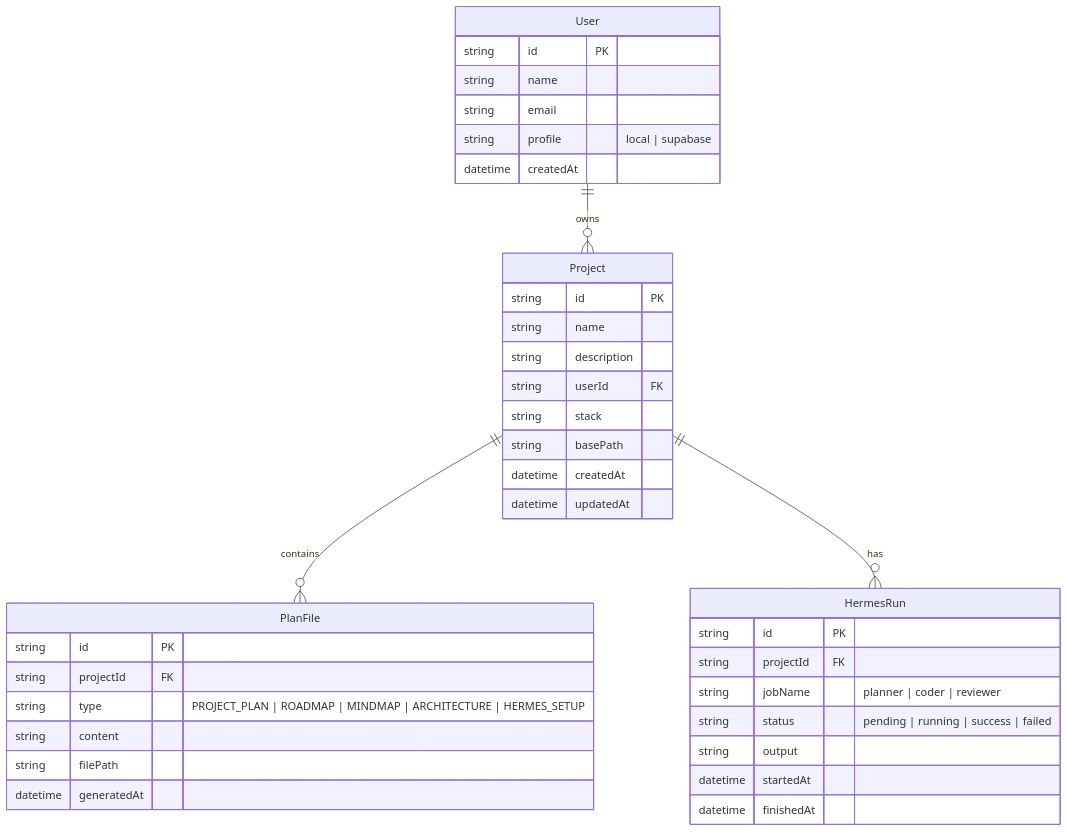
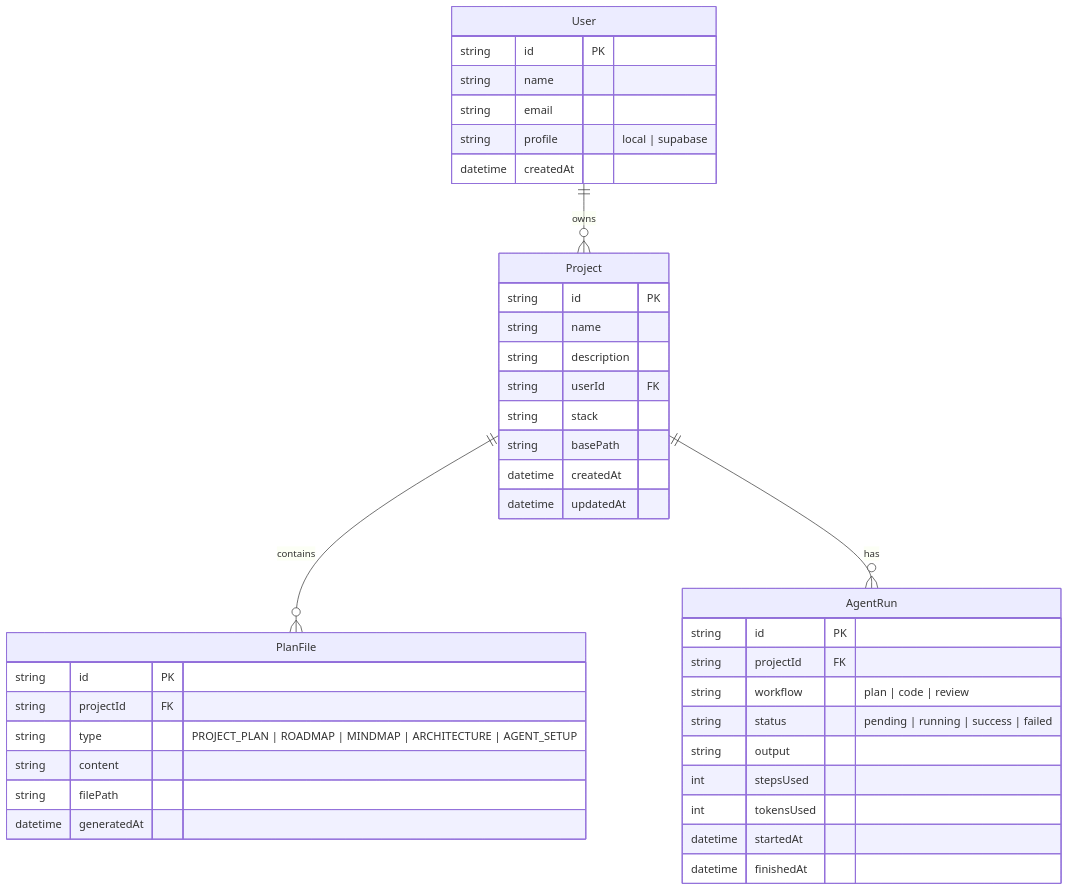
The third of 3 diagrams in plans/03_ARCHITECTURE.md (kubabb/Planora), drawn with Mermaid before and after one commit. The commit also changed other lines of this file and 36 other files, not shown here.

````diff
--- a/plans/03_ARCHITECTURE.md
+++ b/plans/03_ARCHITECTURE.md
@@ -152,44 +240,46 @@
 ```mermaid
 erDiagram
     User ||--o{ Project : owns
     Project ||--o{ PlanFile : contains
-    Project ||--o{ HermesRun : has
+    Project ||--o{ AgentRun : has
 
     User {
         string id PK
         string name
         string email
         string profile "local | supabase"
         datetime createdAt
     }
 
     Project {
         string id PK
         string name
         string description
         string userId FK
         string stack
         string basePath
         datetime createdAt
         datetime updatedAt
     }
 
     PlanFile {
         string id PK
         string projectId FK
-        string type "PROJECT_PLAN | ROADMAP | MINDMAP | ARCHITECTURE | HERMES_SETUP"
+        string type "PROJECT_PLAN | ROADMAP | MINDMAP | ARCHITECTURE | AGENT_SETUP"
         string content
         string filePath
         datetime generatedAt
     }
 
-    HermesRun {
+    AgentRun {
         string id PK
         string projectId FK
-        string jobName "planner | coder | reviewer"
+        string workflow "plan | code | review"
         string status "pending | running | success | failed"
         string output
+        int stepsUsed
+        int tokensUsed
         datetime startedAt
         datetime finishedAt
     }
 ```
````
